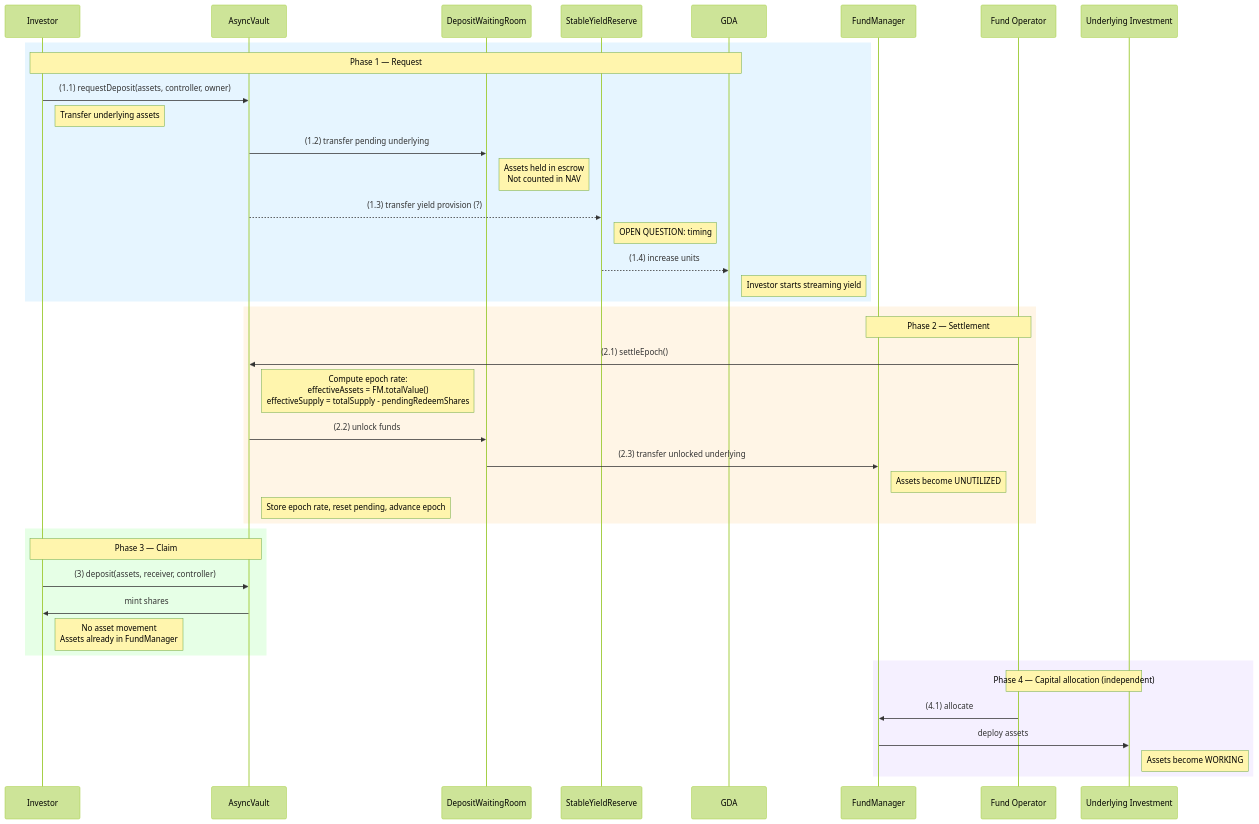
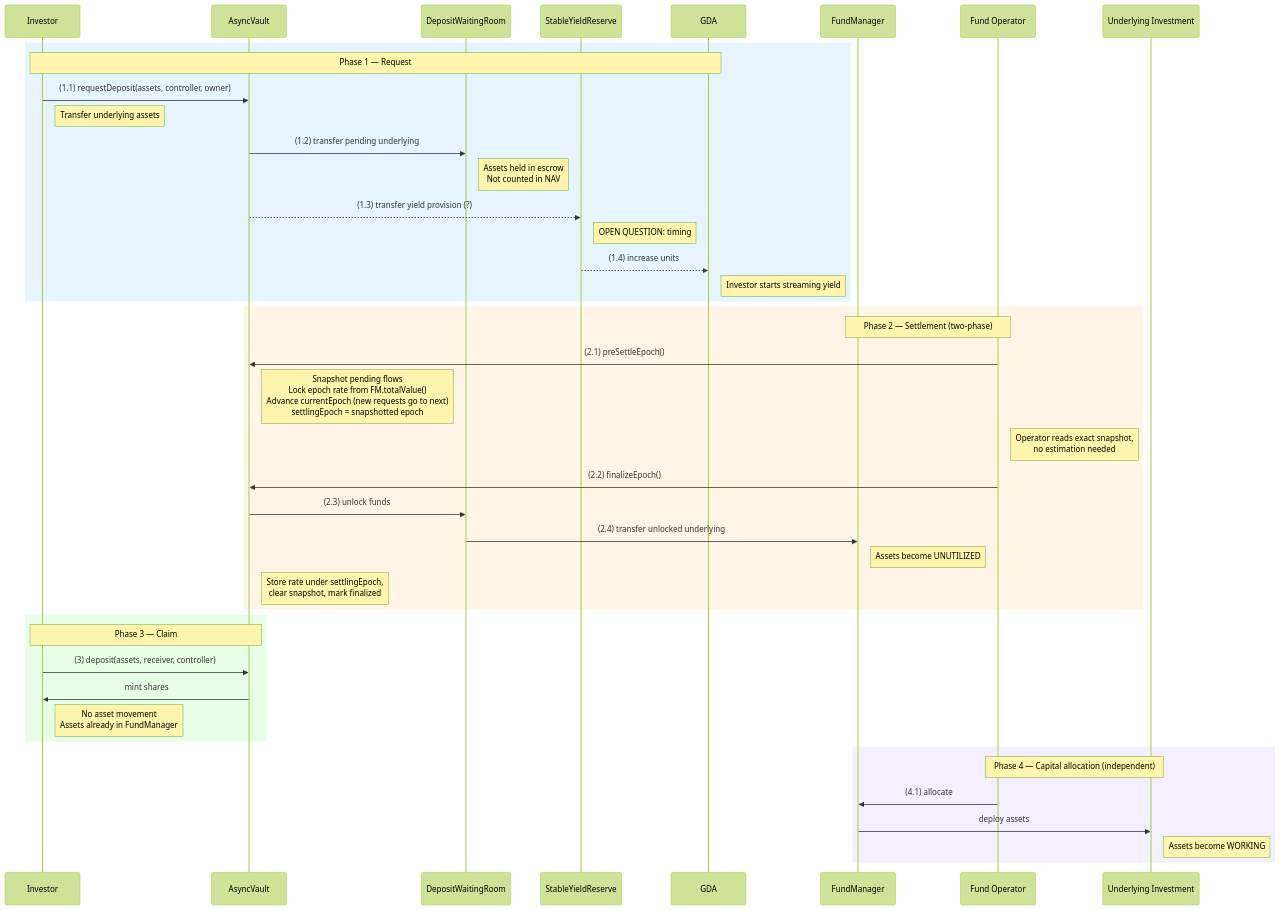
The diagram in docs/flow/deposit-flow.md (superfluid-org/stable-yield-vault), drawn with Mermaid (forest theme) before and after one commit. The commit also changed other lines of this file and 3 other files, not shown here.

Commit message:
docs: add 2-phase settlement

````diff
--- a/docs/flow/deposit-flow.md
+++ b/docs/flow/deposit-flow.md
@@ -25,47 +25,49 @@
 ```mermaid
 sequenceDiagram
     participant I as Investor
     participant AV as AsyncVault
     participant DWR as DepositWaitingRoom
     participant SYR as StableYieldReserve
     participant GDA as GDA
     participant FM as FundManager
     participant FO as Fund Operator
     participant INV as Underlying Investment
 
     rect rgb(230, 245, 255)
     Note over I, GDA: Phase 1 — Request
     I->>AV: (1.1) requestDeposit(assets, controller, owner)
     Note right of I: Transfer underlying assets
     AV->>DWR: (1.2) transfer pending underlying
     Note right of DWR: Assets held in escrow<br/>Not counted in NAV
     AV-->>SYR: (1.3) transfer yield provision (?)
     Note right of SYR: OPEN QUESTION: timing
     SYR-->>GDA: (1.4) increase units
     Note right of GDA: Investor starts streaming yield
     end
 
     rect rgb(255, 245, 230)
-    Note over FO, FM: Phase 2 — Settlement
-    FO->>AV: (2.1) settleEpoch()
-    Note right of AV: Compute epoch rate:<br/>effectiveAssets = FM.totalValue()<br/>effectiveSupply = totalSupply - pendingRedeemShares
-    AV->>DWR: (2.2) unlock funds
-    DWR->>FM: (2.3) transfer unlocked underlying
+    Note over FO, FM: Phase 2 — Settlement (two-phase)
+    FO->>AV: (2.1) preSettleEpoch()
+    Note right of AV: Snapshot pending flows<br/>Lock epoch rate from FM.totalValue()<br/>Advance currentEpoch (new requests go to next)<br/>settlingEpoch = snapshotted epoch
+    Note right of FO: Operator reads exact snapshot,<br/>no estimation needed
+    FO->>AV: (2.2) finalizeEpoch()
+    AV->>DWR: (2.3) unlock funds
+    DWR->>FM: (2.4) transfer unlocked underlying
     Note right of FM: Assets become UNUTILIZED
-    Note right of AV: Store epoch rate, reset pending, advance epoch
+    Note right of AV: Store rate under settlingEpoch,<br/>clear snapshot, mark finalized
     end
 
     rect rgb(230, 255, 230)
     Note over I, AV: Phase 3 — Claim
     I->>AV: (3) deposit(assets, receiver, controller)
     AV->>I: mint shares
     Note right of I: No asset movement<br/>Assets already in FundManager
     end
 
     rect rgb(245, 240, 255)
     Note over FO, INV: Phase 4 — Capital allocation (independent)
     FO->>FM: (4.1) allocate
     FM->>INV: deploy assets
     Note right of INV: Assets become WORKING
     end
 ```
````
